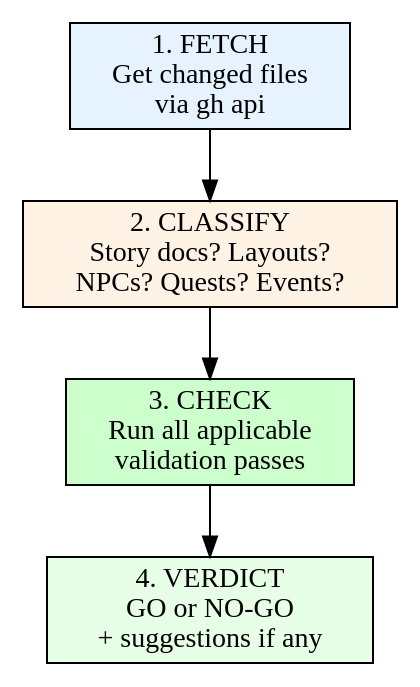
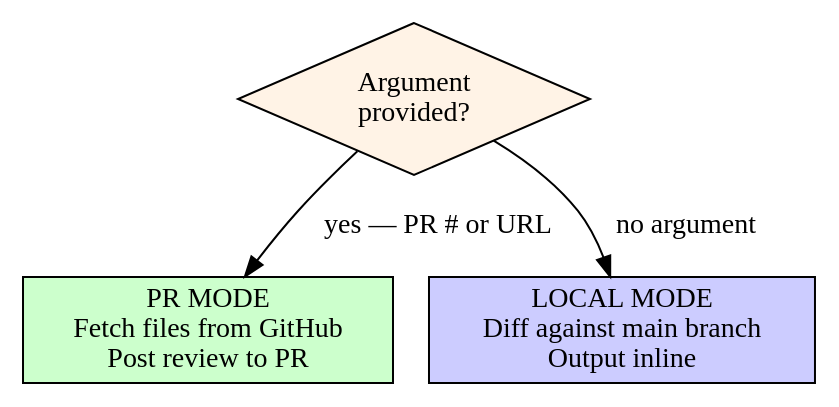
Before and after one commit to gcko/pendulum-of-despair: the diagram in .claude/skills/story-review/SKILL.md, drawn with Graphviz. The commit also changed other lines of this file, not shown here.

First line of the commit message:
fix(client): update story-review skill with PR and local modes

````diff
--- a/.claude/skills/story-review/SKILL.md
+++ b/.claude/skills/story-review/SKILL.md
@@ -24,15 +25,13 @@
 ```dot
-digraph story_review {
+digraph mode {
     rankdir=TB;
     node [shape=box, style=filled, fillcolor=lightblue];
 
-    fetch [label="1. FETCH\nGet changed files\nvia gh api", fillcolor="#e6f3ff"];
-    classify [label="2. CLASSIFY\nStory docs? Layouts?\nNPCs? Quests? Events?", fillcolor="#fff3e6"];
-    check [label="3. CHECK\nRun all applicable\nvalidation passes", fillcolor="#ccffcc"];
-    verdict [label="4. VERDICT\nGO or NO-GO\n+ suggestions if any", fillcolor="#e6ffe6"];
+    start [label="Argument\nprovided?", shape=diamond, fillcolor="#fff3e6"];
+    pr [label="PR MODE\nFetch files from GitHub\nPost review to PR", fillcolor="#ccffcc"];
+    local [label="LOCAL MODE\nDiff against main branch\nOutput inline", fillcolor="#ccccff"];
 
-    fetch -> classify;
-    classify -> check;
-    check -> verdict;
+    start -> pr [label="yes — PR # or URL"];
+    start -> local [label="no argument"];
 }
 ```
````
